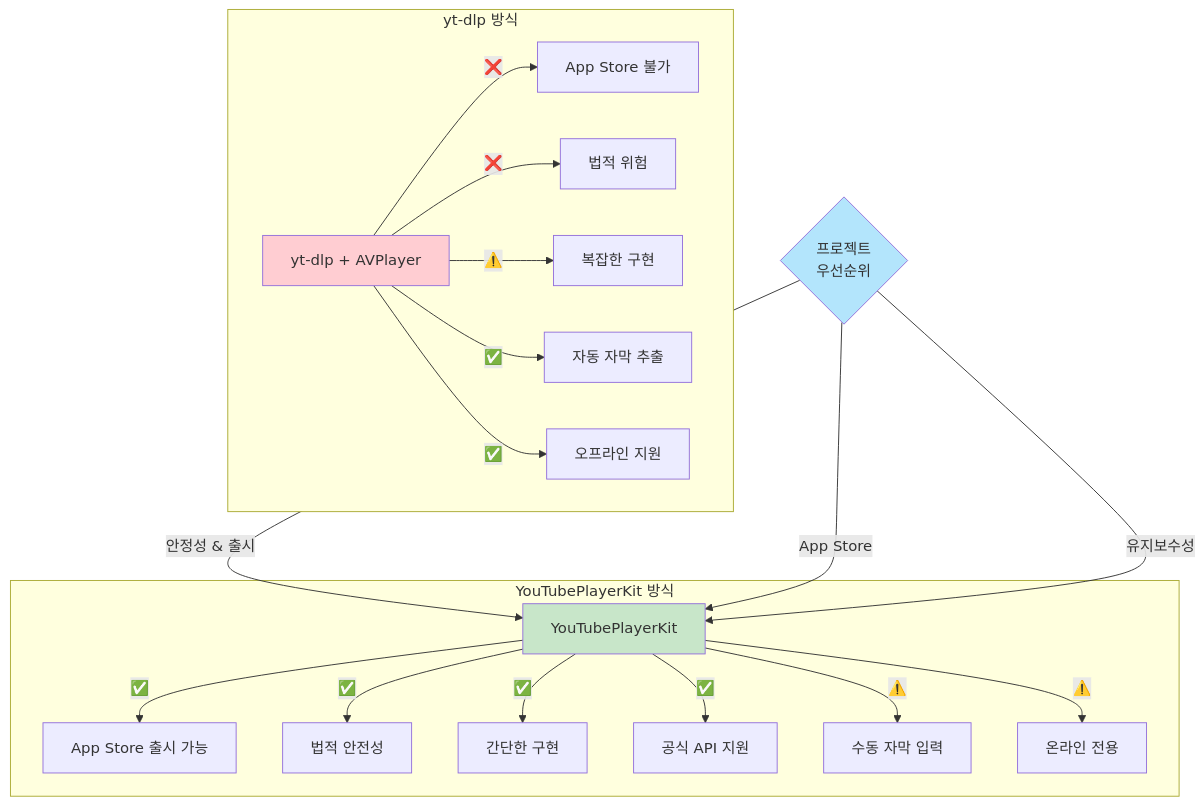
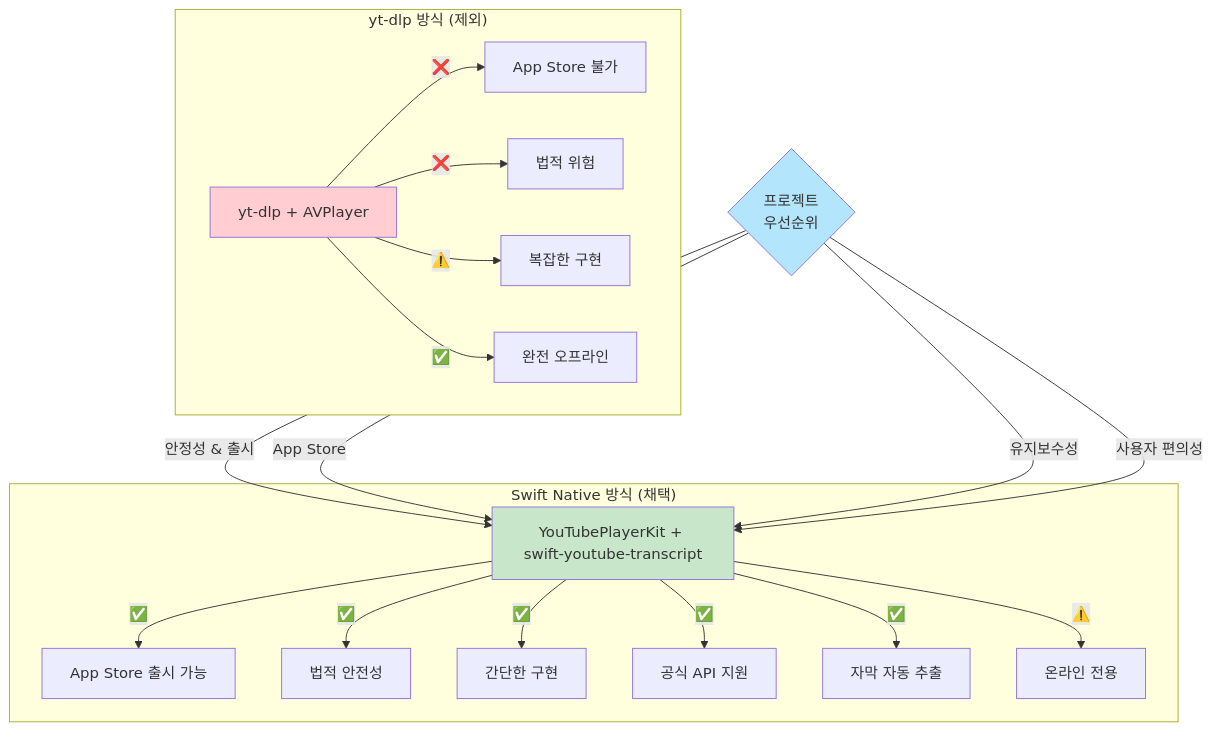
The third of 13 diagrams in SPEC.md (goodsw4all/Shawdowing), drawn with Mermaid before and after one commit. The commit also changed other lines of this file and 11 other files, not shown here.

````diff
--- a/SPEC.md
+++ b/SPEC.md
@@ -139,30 +146,30 @@
 ```mermaid
 graph TB
-    subgraph "YouTubePlayerKit 방식"
-        YPK[YouTubePlayerKit]
+    subgraph "Swift Native 방식 (채택)"
+        YPK[YouTubePlayerKit + swift-youtube-transcript]
         YPK -->|✅| AppStore[App Store 출시 가능]
         YPK -->|✅| Legal[법적 안전성]
         YPK -->|✅| Simple[간단한 구현]
         YPK -->|✅| Official[공식 API 지원]
-        YPK -->|⚠️| ManualSub[수동 자막 입력]
+        YPK -->|✅| AutoSub[자막 자동 추출]
         YPK -->|⚠️| OnlineOnly[온라인 전용]
     end
     
-    subgraph "yt-dlp 방식"
+    subgraph "yt-dlp 방식 (제외)"
         YTDLP[yt-dlp + AVPlayer]
         YTDLP -->|❌| NoAppStore[App Store 불가]
         YTDLP -->|❌| LegalRisk[법적 위험]
         YTDLP -->|⚠️| Complex[복잡한 구현]
-        YTDLP -->|✅| AutoSub[자동 자막 추출]
-        YTDLP -->|✅| Offline[오프라인 지원]
+        YTDLP -->|✅| FullOffline[완전 오프라인]
     end
     
     Decision{프로젝트<br/>우선순위}
     Decision -->|안정성 & 출시| YPK
     Decision -->|App Store| YPK
     Decision -->|유지보수성| YPK
+    Decision -->|사용자 편의성| YPK
     
     style YPK fill:#C8E6C9
     style YTDLP fill:#FFCDD2
     style Decision fill:#B3E5FC
 ```
````
